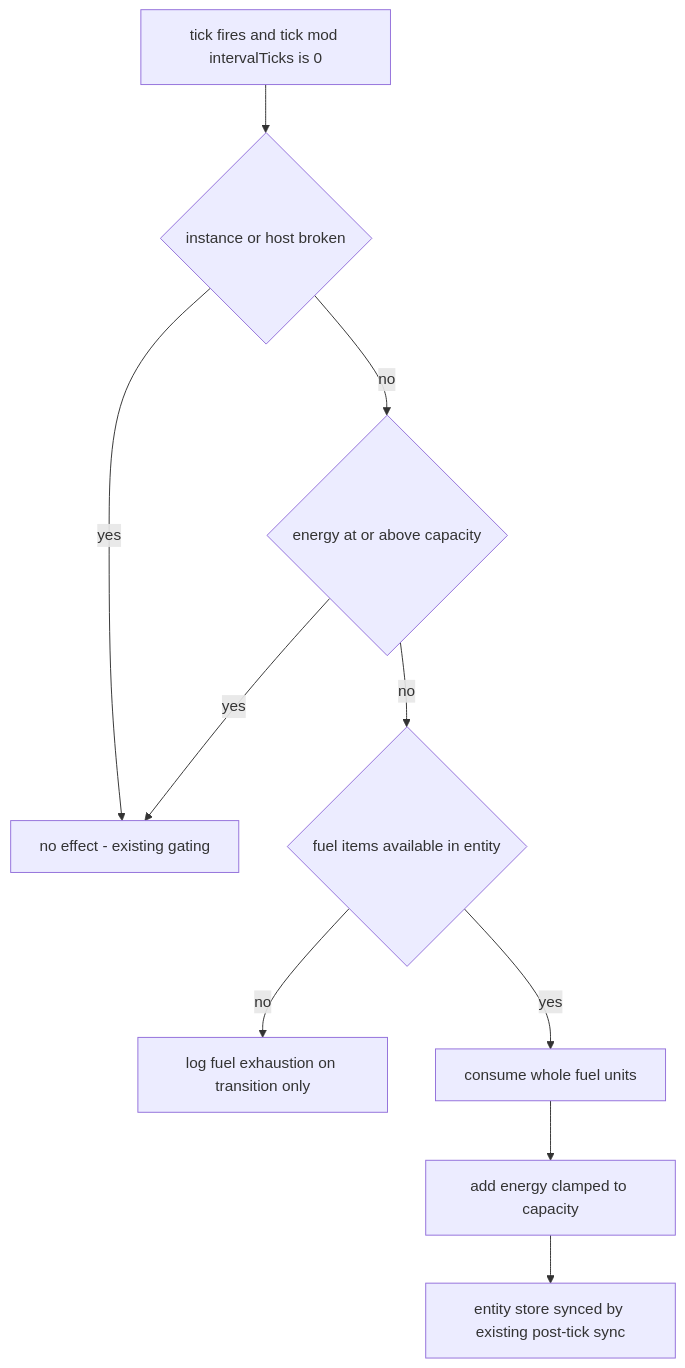
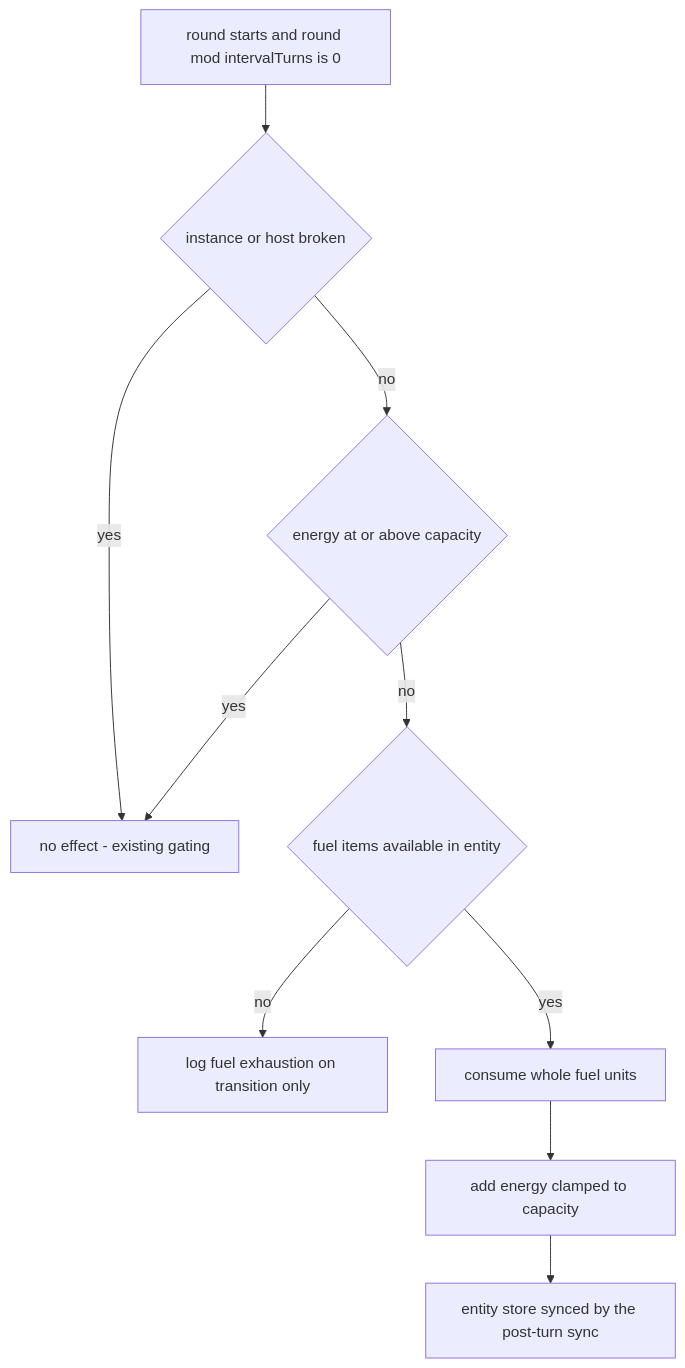
One commit to Rhuan-P-Dev/slopSimulacrum changed the second of 2 diagrams in wiki/m1_droid_spec.md. Above: the diagram before and after it, drawn with Mermaid. The commit also changed other lines of this file and 22 other files, not shown here.

First line of the commit message:
refactor: drive IC overTime effects and energy flow on turns, not ticks

````diff
--- a/wiki/m1_droid_spec.md
+++ b/wiki/m1_droid_spec.md
@@ -204,12 +204,12 @@
 ```mermaid
 flowchart TD
-    A[tick fires and tick mod intervalTicks is 0] --> B{instance or host broken}
+    A[round starts and round mod intervalTurns is 0] --> B{instance or host broken}
     B -->|yes| Z[no effect - existing gating]
     B -->|no| C{energy at or above capacity}
     C -->|yes| Z
     C -->|no| D{fuel items available in entity}
     D -->|no| E[log fuel exhaustion on transition only]
     D -->|yes| F[consume whole fuel units]
     F --> G[add energy clamped to capacity]
-    G --> H[entity store synced by existing post-tick sync]
+    G --> H[entity store synced by the post-turn sync]
 ```
````
